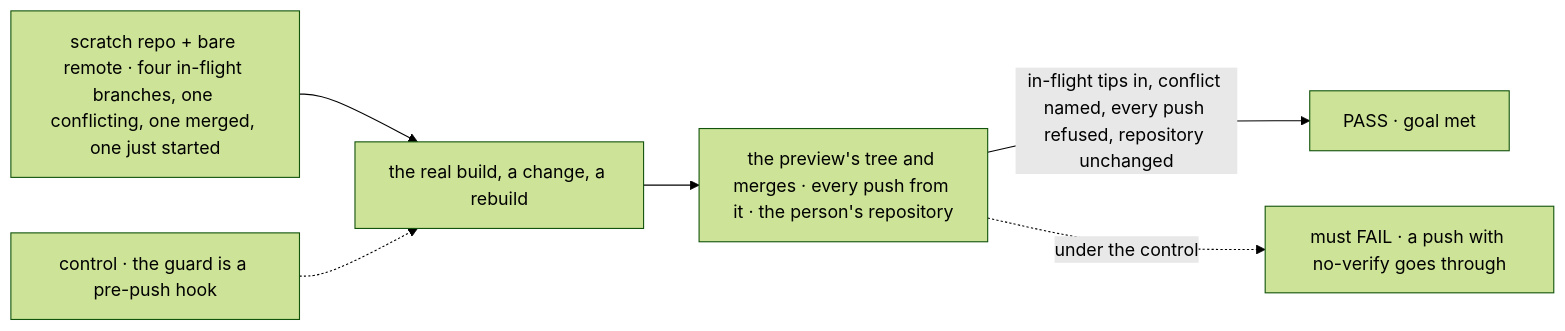
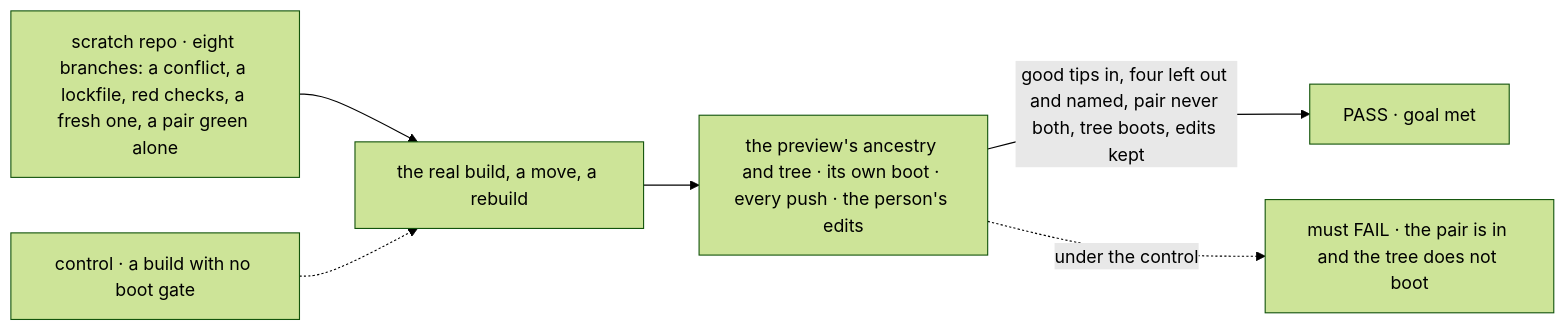
Before and after one commit to fixpoint-labs/flow-state-dev: the first of 2 diagrams in specs/issues/FIX-2905/SPEC.md, drawn with Mermaid (forest theme). The commit also changed other lines of this file and 8 other files, not shown here.

First line of the commit message:
spec(FIX-2905): preview in the primary checkout, gated on checks and a boot

````diff
--- a/specs/issues/FIX-2905/SPEC.md
+++ b/specs/issues/FIX-2905/SPEC.md
@@ -32,8 +29,8 @@
 ```mermaid
 flowchart LR
-  I["scratch repo + bare remote · four in-flight branches, one conflicting, one merged, one just started"] --> B["the real build, a change, a rebuild"]
-  B --> T["the preview's tree and merges · every push from it · the person's repository"]
-  T -->|"in-flight tips in, conflict named, every push refused, repository unchanged"| P["PASS · goal met"]
-  C["control · the guard is a pre-push hook"] -.-> B
-  T -.->|"under the control"| F["must FAIL · a push with no-verify goes through"]
+  I["scratch repo · eight branches: a conflict, a lockfile, red checks, a fresh one, a pair green alone"] --> B["the real build, a move, a rebuild"]
+  B --> T["the preview's ancestry and tree · its own boot · every push · the person's edits"]
+  T -->|"good tips in, four left out and named, pair never both, tree boots, edits kept"| P["PASS · goal met"]
+  C["control · a build with no boot gate"] -.-> B
+  T -.->|"under the control"| F["must FAIL · the pair is in and the tree does not boot"]
 ```
````
